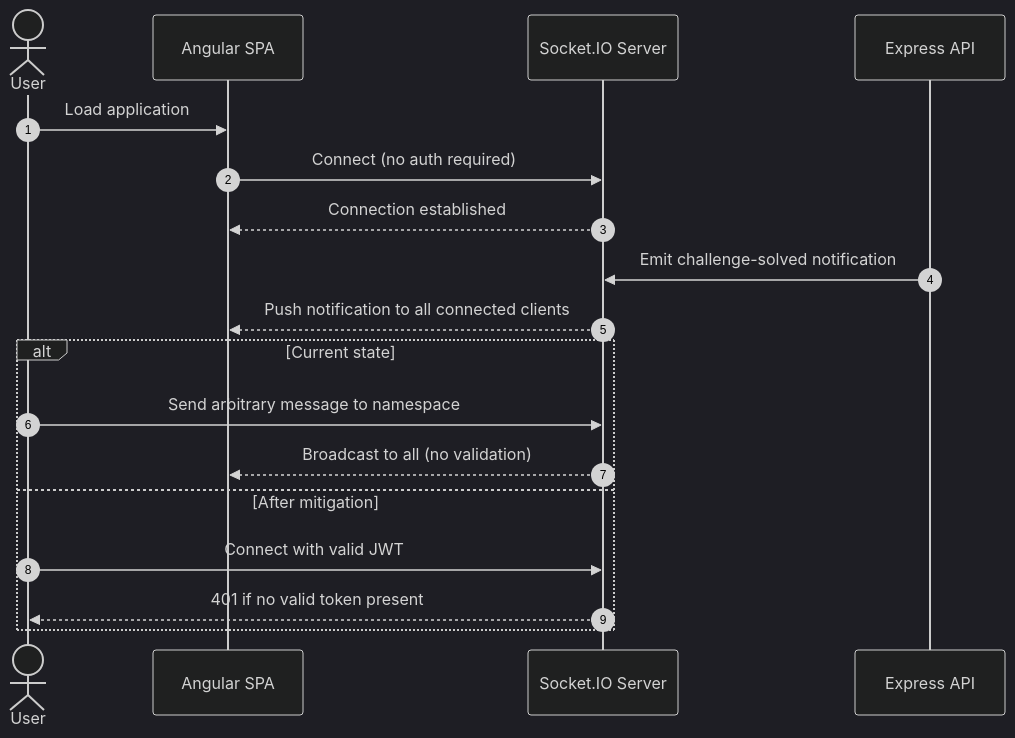
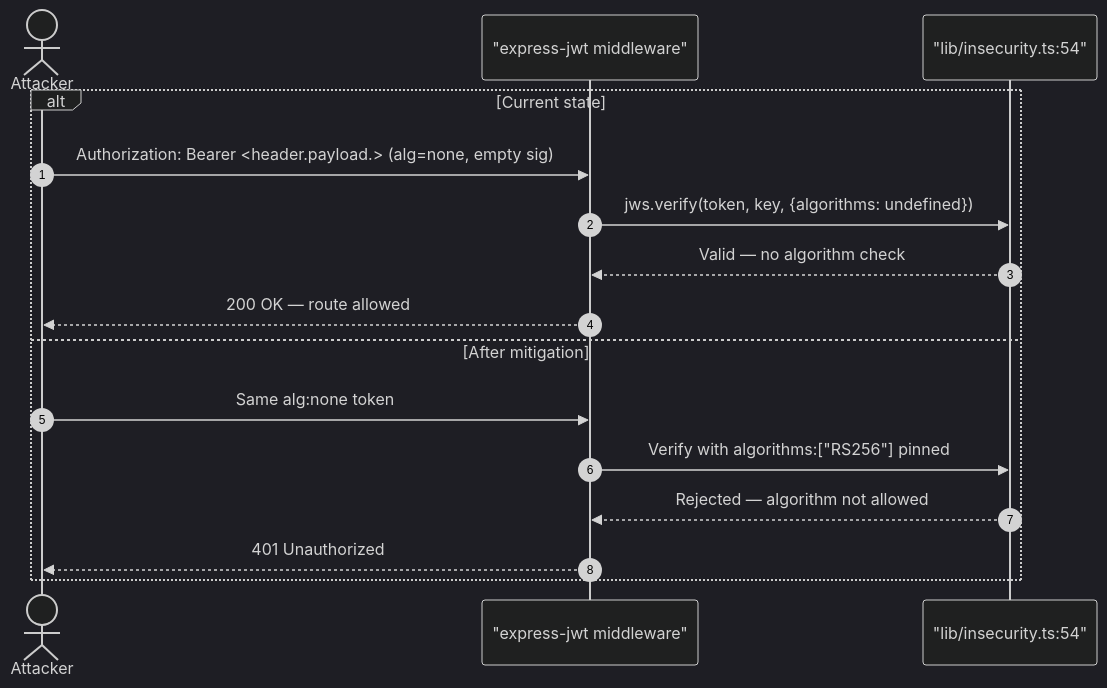
The fourth of 4 diagrams in tests/fixtures/e2e/_repair-run/.fragments/security-architecture.md (appsec-foundry/appsec-advisor), drawn with Mermaid (dark theme) before and after one commit. The commit also changed other lines of this file and 184 other files, not shown here.

````diff
--- a/tests/fixtures/e2e/_repair-run/.fragments/security-architecture.md
+++ b/tests/fixtures/e2e/_repair-run/.fragments/security-architecture.md
@@ -762,22 +243,19 @@
 ```mermaid
 sequenceDiagram
     autonumber
-    actor User
-    participant SPA as Angular SPA
-    participant WS as Socket.IO Server
-    participant API as Express API
-
-    User->>SPA: Load application
-    SPA->>WS: Connect (no auth required)
-    WS-->>SPA: Connection established
-    API->>WS: Emit challenge-solved notification
-    WS-->>SPA: Push notification to all connected clients
+    actor Attacker
+    participant API as "express-jwt middleware"
+    participant Lib as "lib/insecurity.ts:54"
 
     alt Current state
-        User->>WS: Send arbitrary message to namespace
-        WS-->>SPA: Broadcast to all (no validation)
+        Attacker->>API: Authorization: Bearer <header.payload.> (alg=none, empty sig)
+        API->>Lib: jws.verify(token, key, {algorithms: undefined})
+        Lib-->>API: Valid — no algorithm check
+        API-->>Attacker: 200 OK — route allowed
     else After mitigation
-        User->>WS: Connect with valid JWT
-        WS-->>User: 401 if no valid token present
+        Attacker->>API: Same alg:none token
+        API->>Lib: Verify with algorithms:["RS256"] pinned
+        Lib-->>API: Rejected — algorithm not allowed
+        API-->>Attacker: 401 Unauthorized
     end
 ```
````
